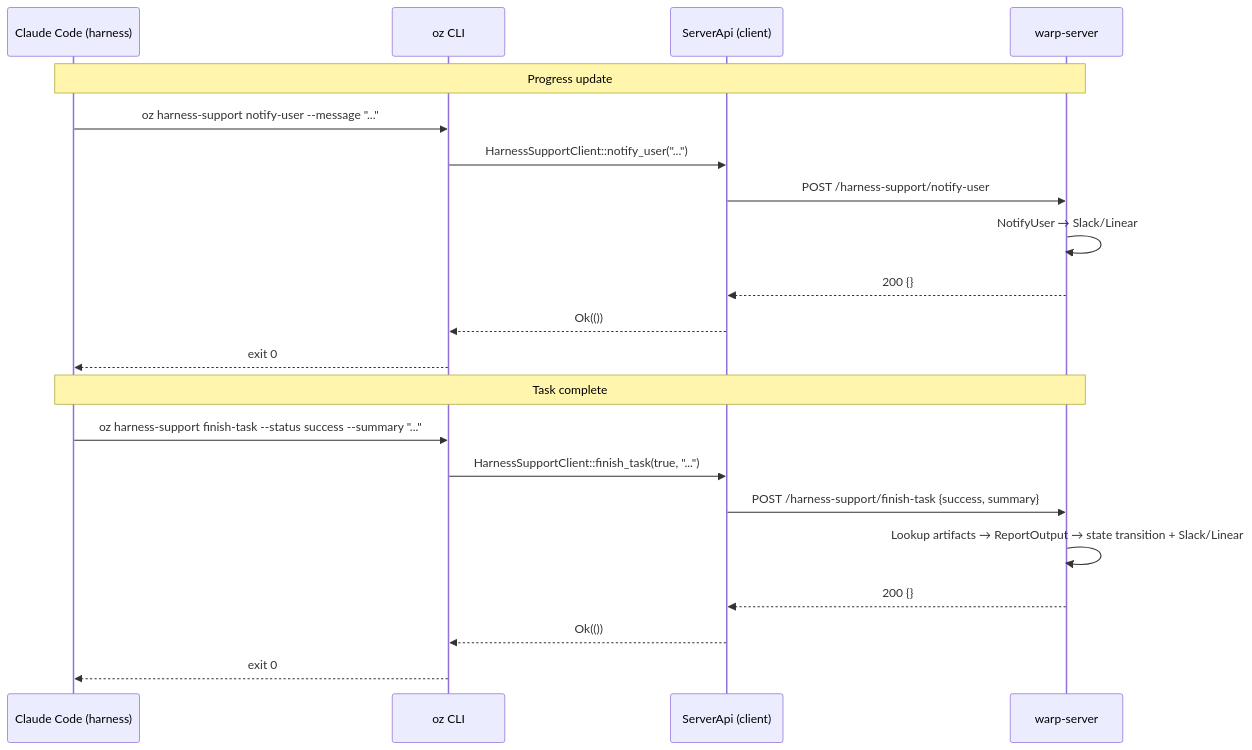
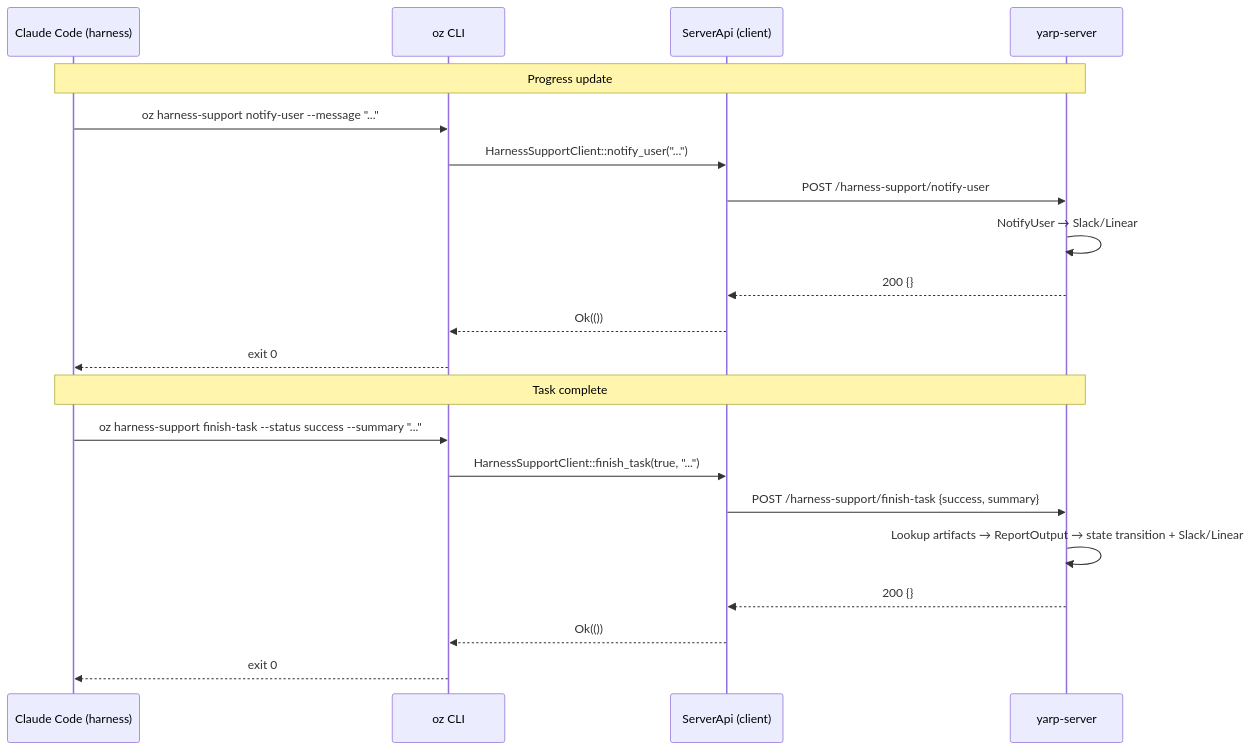
The diagram in specs/REMOTE-1289/TECH.md (nikhilramakrishnan/yarp), drawn with Mermaid before and after one commit. The commit also changed other lines of this file and 516 other files, not shown here.

````diff
--- a/specs/REMOTE-1289/TECH.md
+++ b/specs/REMOTE-1289/TECH.md
@@ -117,25 +117,25 @@
 ```mermaid
 sequenceDiagram
     participant CC as Claude Code (harness)
     participant OZ as oz CLI
     participant SA as ServerApi (client)
-    participant WS as warp-server
+    participant WS as yarp-server
 
     Note over CC,WS: Progress update
     CC->>OZ: oz harness-support notify-user --message "..."
     OZ->>SA: HarnessSupportClient::notify_user("...")
     SA->>WS: POST /harness-support/notify-user
     WS->>WS: NotifyUser → Slack/Linear
     WS-->>SA: 200 {}
     SA-->>OZ: Ok(())
     OZ-->>CC: exit 0
 
     Note over CC,WS: Task complete
     CC->>OZ: oz harness-support finish-task --status success --summary "..."
     OZ->>SA: HarnessSupportClient::finish_task(true, "...")
     SA->>WS: POST /harness-support/finish-task {success, summary}
     WS->>WS: Lookup artifacts → ReportOutput → state transition + Slack/Linear
     WS-->>SA: 200 {}
     SA-->>OZ: Ok(())
     OZ-->>CC: exit 0
 ```
````
